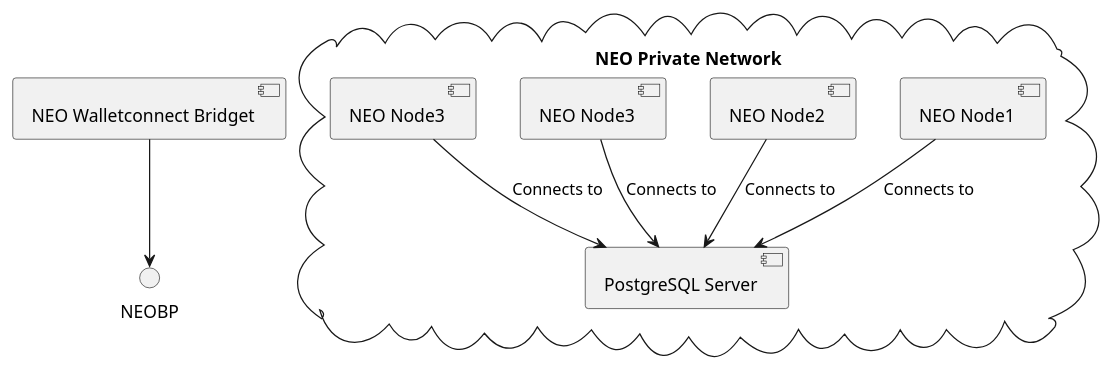
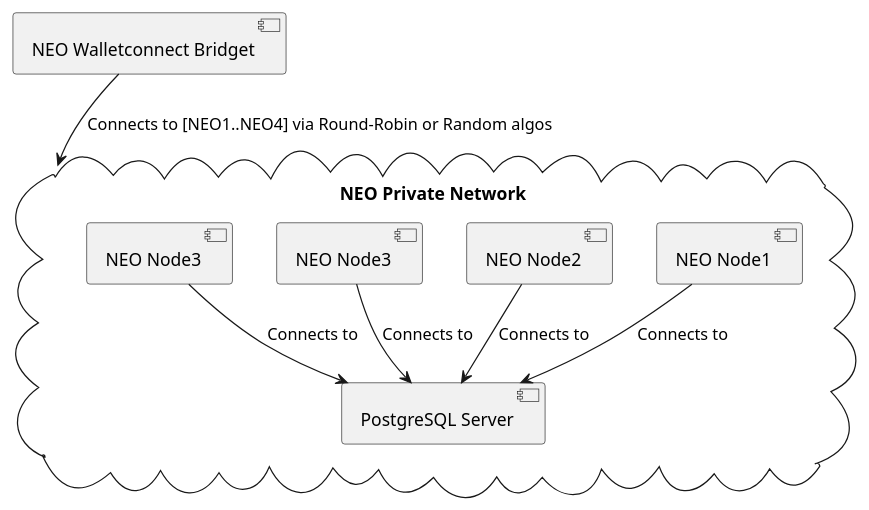
One commit to aahutsal/neo-walletconnect changed the diagram in Dockerization.org. Above: the diagram before and after it, drawn with PlantUML. The commit also changed 1 other file, not shown here.

Commit message:
Diagram updated

```diff
--- a/Dockerization.org
+++ b/Dockerization.org
@@ -5,17 +5,17 @@
 #+begin_src plantuml :file docs/NEOPB_implementation.png :exports results
 together {
          cloud "NEO Private Network" as NEOPB {
            [NEO Node1] as NEO1
            [NEO Node2] as NEO2
            [NEO Node3] as NEO3
            [NEO Node3] as NEO4
            [PostgreSQL Server] as PGSQL
            NEO1 --> PGSQL: Connects to
            NEO2 --> PGSQL: Connects to
            NEO3 --> PGSQL: Connects to
            NEO4 --> PGSQL: Connects to
          }
   [NEO Walletconnect Bridget] as NEOWalletconnect
-  NEOWalletconnect --> NEOBP
+  NEOWalletconnect --> NEOPB: Connects to [NEO1..NEO4] via Round-Robin or Random algos
 }
 #+end_src
```
